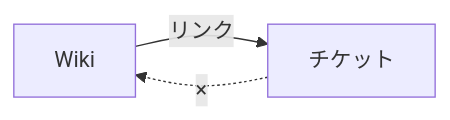
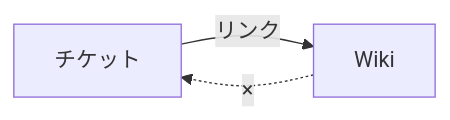
The first of 2 diagrams in articles/2852df0bd60ea4.md (Mattani/zenn-articles), drawn with Mermaid before and after one commit. The commit also changed other lines of this file, not shown here.

````diff
--- a/articles/2852df0bd60ea4.md
+++ b/articles/2852df0bd60ea4.md
@@ -24,5 +22,5 @@
 ```mermaid
 flowchart LR
-    Wiki -->|リンク| チケット
-    チケット -. × .-> Wiki
+    チケット -->|リンク| Wiki
+    Wiki -. × .-> チケット
 ```
````
